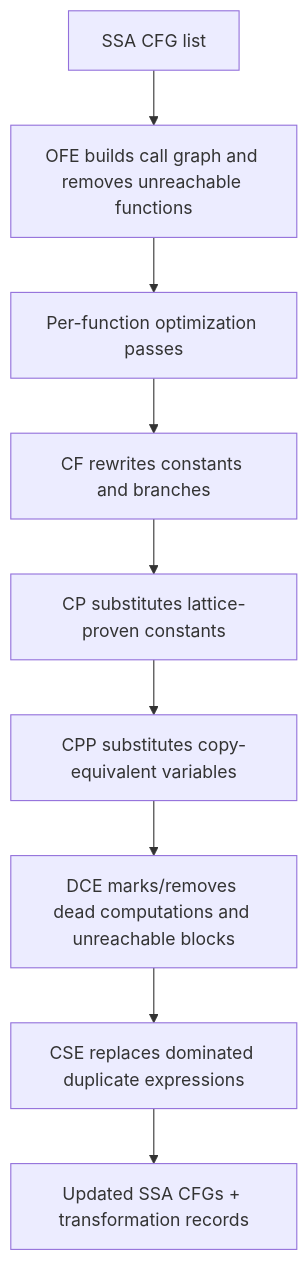
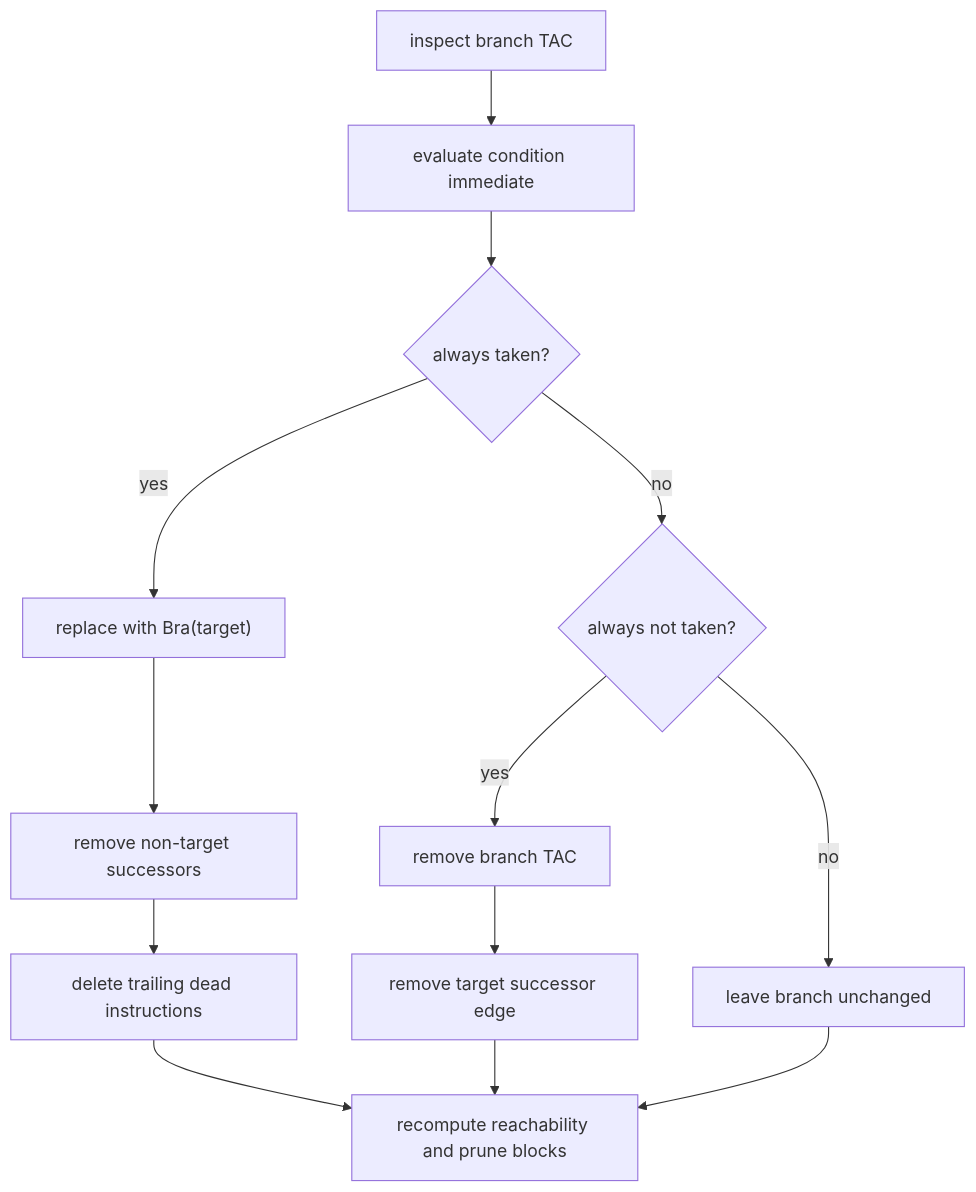
Before and after one commit to NitishM2022/MochaCompiler: the first of 6 diagrams in docs/architecture/optimization.md, drawn with Mermaid. The commit also changed other lines of this file and 62 other files, not shown here.

````diff
--- a/docs/architecture/optimization.md
+++ b/docs/architecture/optimization.md
@@ -15,11 +39,15 @@
 ```mermaid
 flowchart TD
-    A["SSA CFG list"] --> B["OFE builds call graph and removes unreachable functions"]
-    B --> C["Per-function optimization passes"]
-    C --> D["CF rewrites constants and branches"]
-    D --> E["CP substitutes lattice-proven constants"]
-    E --> F["CPP substitutes copy-equivalent variables"]
-    F --> G["DCE marks/removes dead computations and unreachable blocks"]
-    G --> H["CSE replaces dominated duplicate expressions"]
-    H --> I["Updated SSA CFGs + transformation records"]
+    A["inspect branch TAC"] --> B["evaluate condition immediate"]
+    B --> C{"always taken?"}
+    C -- "yes" --> D["replace with Bra(target)"]
+    D --> E["remove non-target successors"]
+    E --> F["delete trailing dead instructions"]
+    C -- "no" --> G{"always not taken?"}
+    G -- "yes" --> H["remove branch TAC"]
+    H --> I["remove target successor edge"]
+    G -- "no" --> J["leave branch unchanged"]
+    F --> K["recompute reachability and prune blocks"]
+    I --> K
+    J --> K
 ```
````
